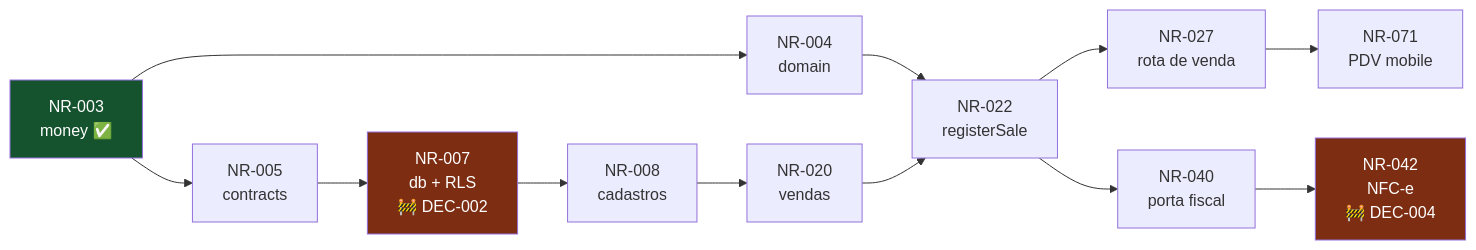
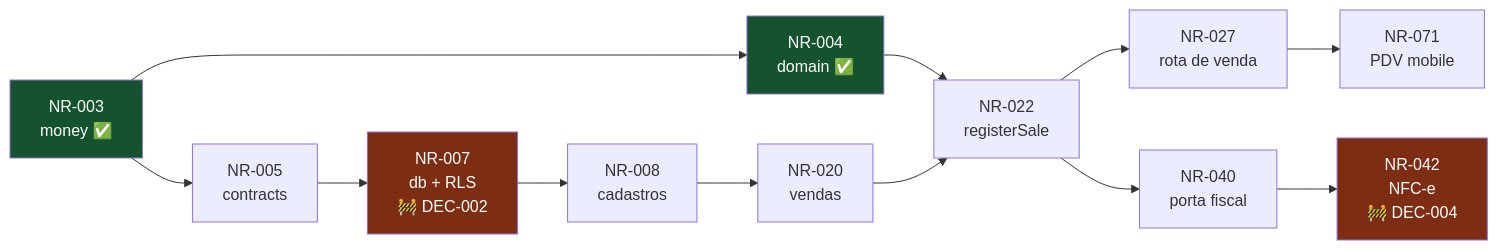
One commit to glevi2004/na-regua changed the diagram in docs/processo/task-ledger.md. Above: the diagram before and after it, drawn with Mermaid. The commit also changed other lines of this file and 22 other files, not shown here.

````diff
--- a/docs/processo/task-ledger.md
+++ b/docs/processo/task-ledger.md
@@ -153,18 +153,19 @@
 ```mermaid
 flowchart LR
-    N3["NR-003<br/>money ✅"] --> N4["NR-004<br/>domain"]
+    N3["NR-003<br/>money ✅"] --> N4["NR-004<br/>domain ✅"]
     N3 --> N5["NR-005<br/>contracts"]
     N5 --> N7["NR-007<br/>db + RLS<br/>🚧 DEC-002"]
     N7 --> N8["NR-008<br/>cadastros"]
     N8 --> N20["NR-020<br/>vendas"]
     N4 --> N22
     N20 --> N22["NR-022<br/>registerSale"]
     N22 --> N27["NR-027<br/>rota de venda"]
     N27 --> N71["NR-071<br/>PDV mobile"]
     N22 --> N40["NR-040<br/>porta fiscal"]
     N40 --> N42["NR-042<br/>NFC-e<br/>🚧 DEC-004"]
 
     style N7 fill:#7c2d12,color:#fff
     style N42 fill:#7c2d12,color:#fff
     style N3 fill:#14532d,color:#fff
+    style N4 fill:#14532d,color:#fff
 ```
````
